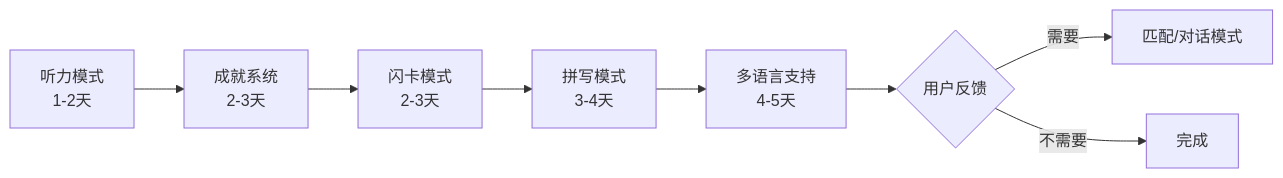
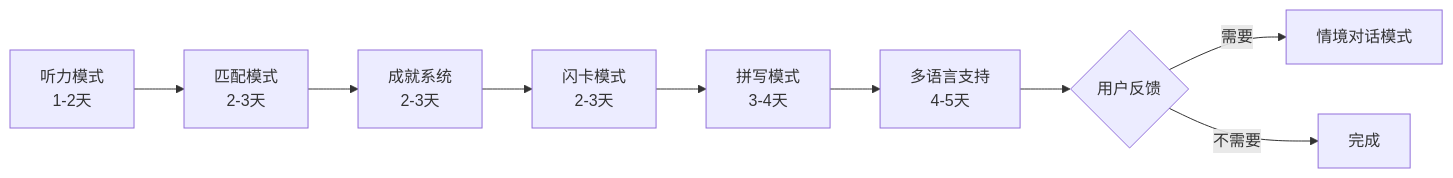
One commit to lighina/VocFr changed the diagram in PHASE_C_PLAN.md. Above: the diagram before and after it, drawn with Mermaid. The commit also changed other lines of this file, not shown here.

````diff
--- a/PHASE_C_PLAN.md
+++ b/PHASE_C_PLAN.md
@@ -877,10 +957,11 @@
 ```mermaid
 graph LR
-    A[听力模式<br/>1-2天] --> B[成就系统<br/>2-3天]
-    B --> C[闪卡模式<br/>2-3天]
-    C --> D[拼写模式<br/>3-4天]
-    D --> E[多语言支持<br/>4-5天]
-    E --> F{用户反馈}
-    F -->|需要| G[匹配/对话模式]
-    F -->|不需要| H[完成]
+    A[听力模式<br/>1-2天] --> B[匹配模式<br/>2-3天]
+    B --> C[成就系统<br/>2-3天]
+    C --> D[闪卡模式<br/>2-3天]
+    D --> E[拼写模式<br/>3-4天]
+    E --> F[多语言支持<br/>4-5天]
+    F --> G{用户反馈}
+    G -->|需要| H[情境对话模式]
+    G -->|不需要| I[完成]
 ```
````
